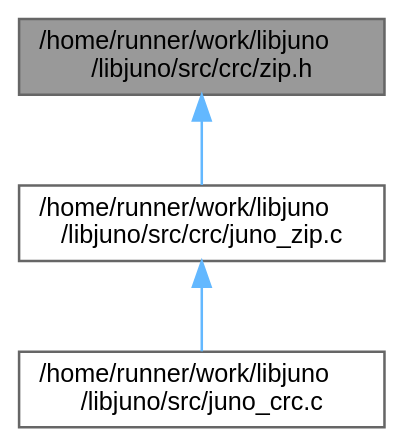
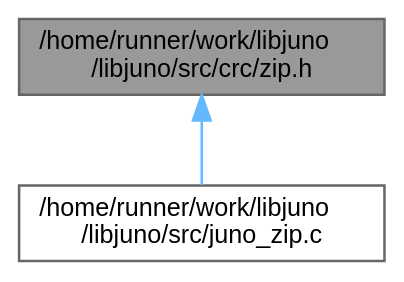
One commit to robinonsay/libjuno changed the diagram in zip_8h__dep__incl.dot. Above: the diagram before and after it, drawn with Graphviz. The commit also changed 847 other files, not shown here.

```diff
--- a/zip_8h__dep__incl.dot
+++ b/zip_8h__dep__incl.dot
@@ -1,12 +1,10 @@
 digraph "/home/runner/work/libjuno/libjuno/src/crc/zip.h"
 {
  // LATEX_PDF_SIZE
   bgcolor="transparent";
   edge [fontname=Helvetica,fontsize=10,labelfontname=Helvetica,labelfontsize=10];
   node [fontname=Helvetica,fontsize=10,shape=box,height=0.2,width=0.4];
   Node1 [id="Node000001",label="/home/runner/work/libjuno\l/libjuno/src/crc/zip.h",height=0.2,width=0.4,color="gray40", fillcolor="grey60", style="filled", fontcolor="black",tooltip=" "];
   Node1 -> Node2 [id="edge1_Node000001_Node000002",dir="back",color="steelblue1",style="solid",tooltip=" "];
-  Node2 [id="Node000002",label="/home/runner/work/libjuno\l/libjuno/src/crc/juno_zip.c",height=0.2,width=0.4,color="grey40", fillcolor="white", style="filled",URL="$juno__zip_8c.html",tooltip=" "];
-  Node2 -> Node3 [id="edge2_Node000002_Node000003",dir="back",color="steelblue1",style="solid",tooltip=" "];
-  Node3 [id="Node000003",label="/home/runner/work/libjuno\l/libjuno/src/juno_crc.c",height=0.2,width=0.4,color="grey40", fillcolor="white", style="filled",URL="$juno__crc_8c.html",tooltip=" "];
+  Node2 [id="Node000002",label="/home/runner/work/libjuno\l/libjuno/src/juno_zip.c",height=0.2,width=0.4,color="grey40", fillcolor="white", style="filled",URL="$juno__zip_8c.html",tooltip=" "];
 }
```
